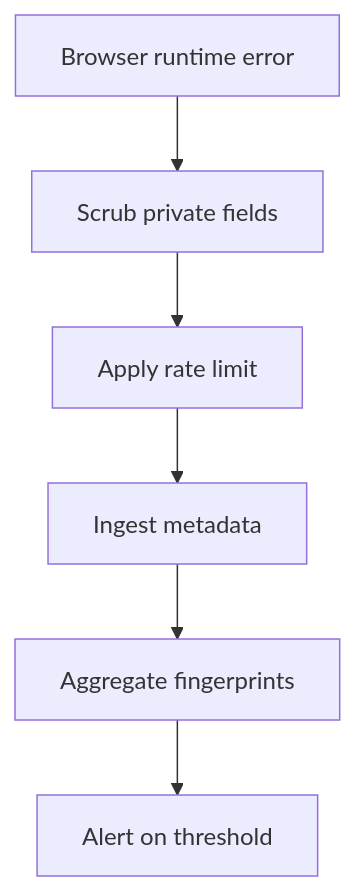
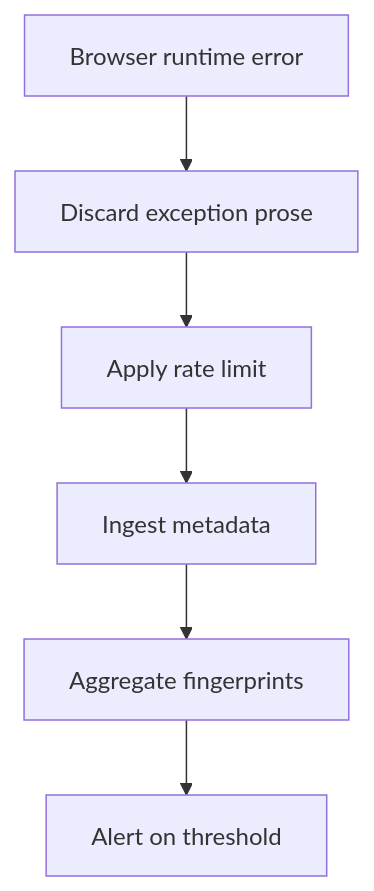
The diagram in docs/observability/client-error-reporting.md (huangyingting/ReadWise), drawn with Mermaid before and after one commit. The commit also changed other lines of this file and 277 other files, not shown here.

````diff
--- a/docs/observability/client-error-reporting.md
+++ b/docs/observability/client-error-reporting.md
@@ -16,8 +16,8 @@
 ```mermaid
 flowchart TD
-    n0["Browser runtime error"] --> n1["Scrub private fields"]
-    n1["Scrub private fields"] --> n2["Apply rate limit"]
+    n0["Browser runtime error"] --> n1["Discard exception prose"]
+    n1["Discard exception prose"] --> n2["Apply rate limit"]
     n2["Apply rate limit"] --> n3["Ingest metadata"]
     n3["Ingest metadata"] --> n4["Aggregate fingerprints"]
     n4["Aggregate fingerprints"] --> n5["Alert on threshold"]
 ```
````
